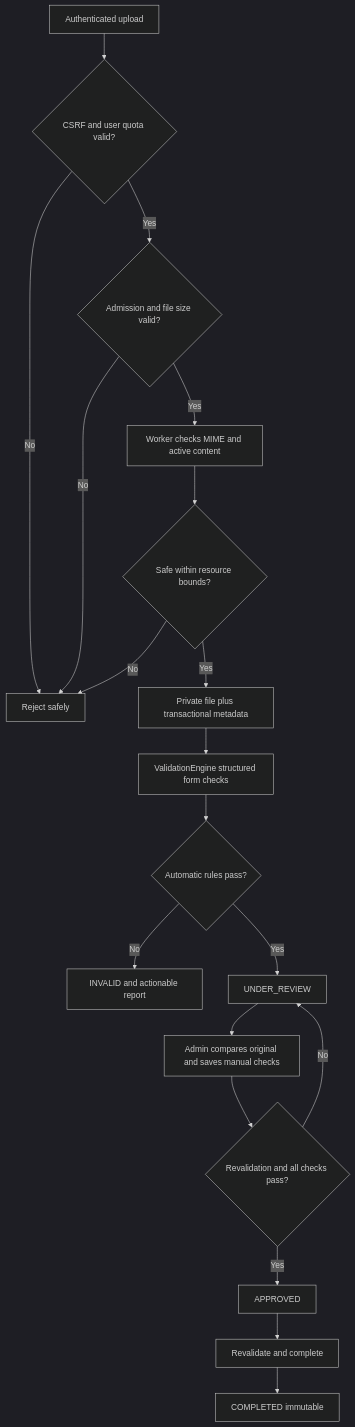
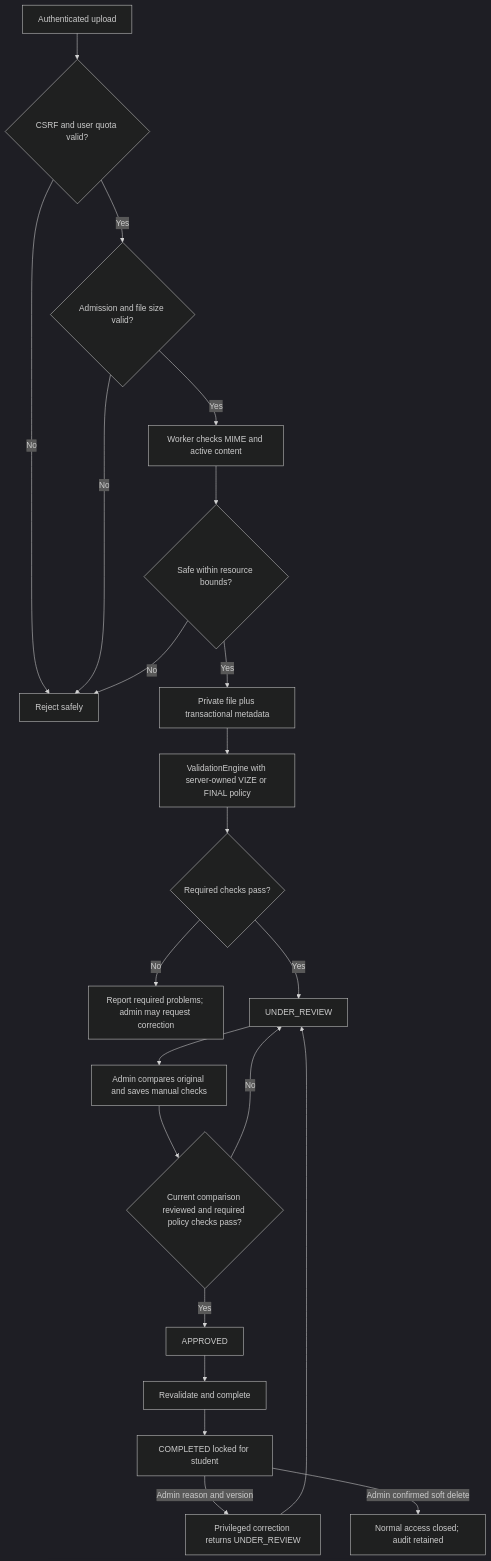
Before and after one commit to Kocaeli-Universitesi-Ders-Projeleri/programming-lab-III: the diagram in docs/diagrams/validation-flow.mmd, drawn with Mermaid (dark theme). The commit also changed 126 other files, not shown here.

```diff
--- a/docs/diagrams/validation-flow.mmd
+++ b/docs/diagrams/validation-flow.mmd
@@ -1,19 +1,22 @@
 flowchart TD
   A[Authenticated upload] --> B{CSRF and user quota valid?}
   B -->|No| Reject[Reject safely]
   B -->|Yes| C{Admission and file size valid?}
   C -->|No| Reject
   C -->|Yes| D[Worker checks MIME and active content]
   D --> E{Safe within resource bounds?}
   E -->|No| Reject
   E -->|Yes| F[Private file plus transactional metadata]
-  F --> G[ValidationEngine structured form checks]
-  G --> H{Automatic rules pass?}
-  H -->|No| I[INVALID and actionable report]
+  F --> G[ValidationEngine with server-owned VIZE or FINAL policy]
+  G --> H{Required checks pass?}
+  H -->|No| I[Report required problems; admin may request correction]
   H -->|Yes| J[UNDER_REVIEW]
   J --> K[Admin compares original and saves manual checks]
-  K --> L{Revalidation and all checks pass?}
+  K --> L{Current comparison reviewed and required policy checks pass?}
   L -->|No| J
   L -->|Yes| M[APPROVED]
   M --> N[Revalidate and complete]
-  N --> O[COMPLETED immutable]
+  N --> O[COMPLETED locked for student]
+  O -->|Admin reason and version| U[Privileged correction returns UNDER_REVIEW]
+  U --> J
+  O -->|Admin confirmed soft delete| S[Normal access closed; audit retained]
```
